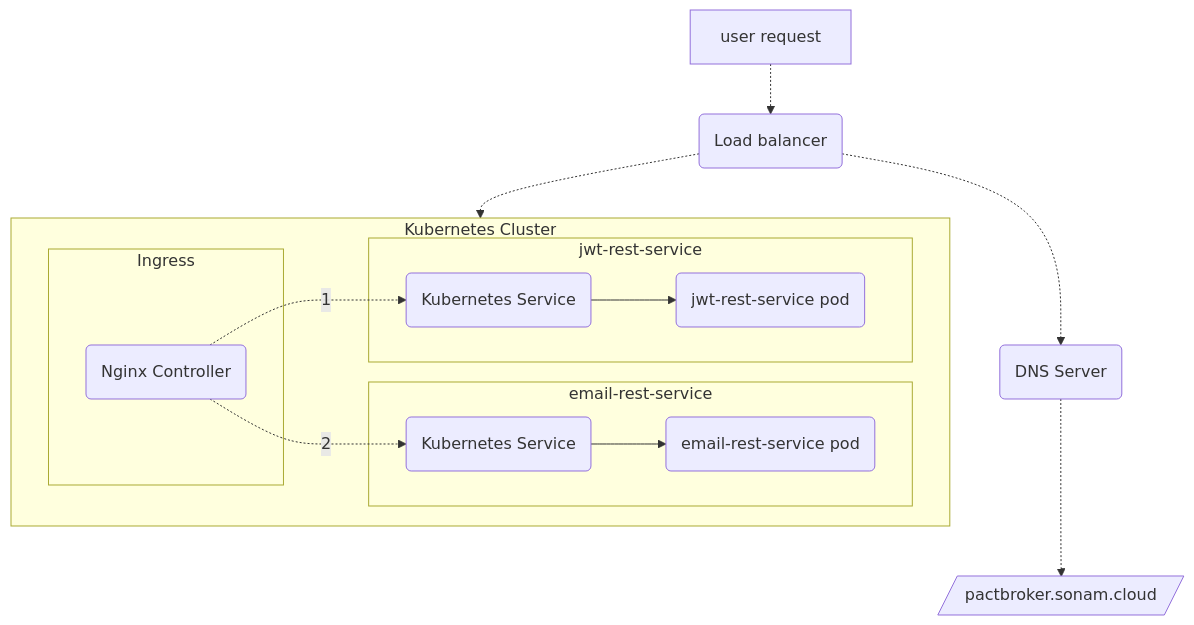
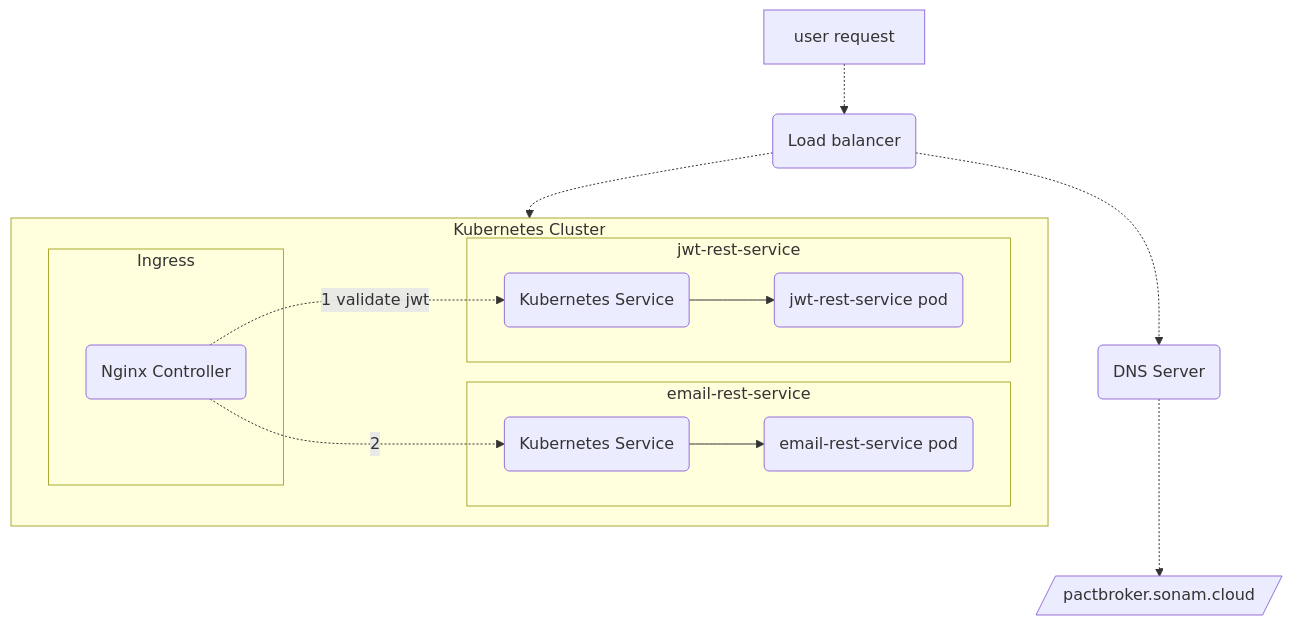
Before and after one commit to sonamsamdupkhangsar/sonamsamdupkhangsar.github.io: the first of 4 diagrams in README.md, drawn with Mermaid.

Commit message:
add jwt-rest-service

````diff
--- a/README.md
+++ b/README.md
@@ -12,23 +12,23 @@
 ```mermaid
 flowchart TD
     A[user request] -.-> B(Load balancer)
     B -.-> C(DNS Server)
     C -.-> D[/pactbroker.sonam.cloud/]
     subgraph k8[Kubernetes Cluster]
     subgraph ingress[Ingress]
     F(Nginx Controller)
     end
     subgraph app[email-rest-service]
     G(Kubernetes Service)
     G --> H(email-rest-service pod)
     end    
     subgraph jwt[jwt-rest-service]
     I(Kubernetes Service)
     I --> J(jwt-rest-service pod)
     end    
     end
     F -. 2 .-> G
-    F -. 1 .-> I
+    F -. 1 validate jwt .-> I
     B -.-> k8
     
 ```
````
